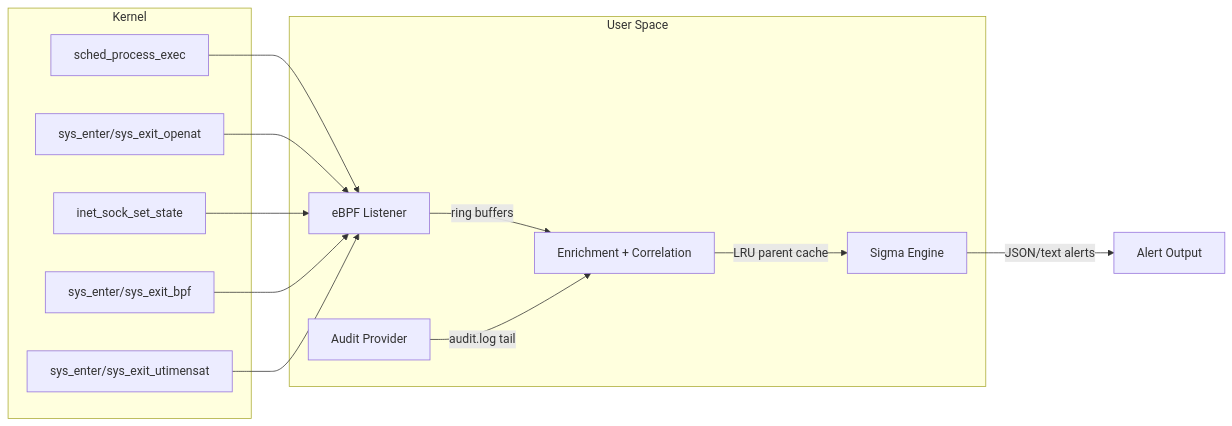
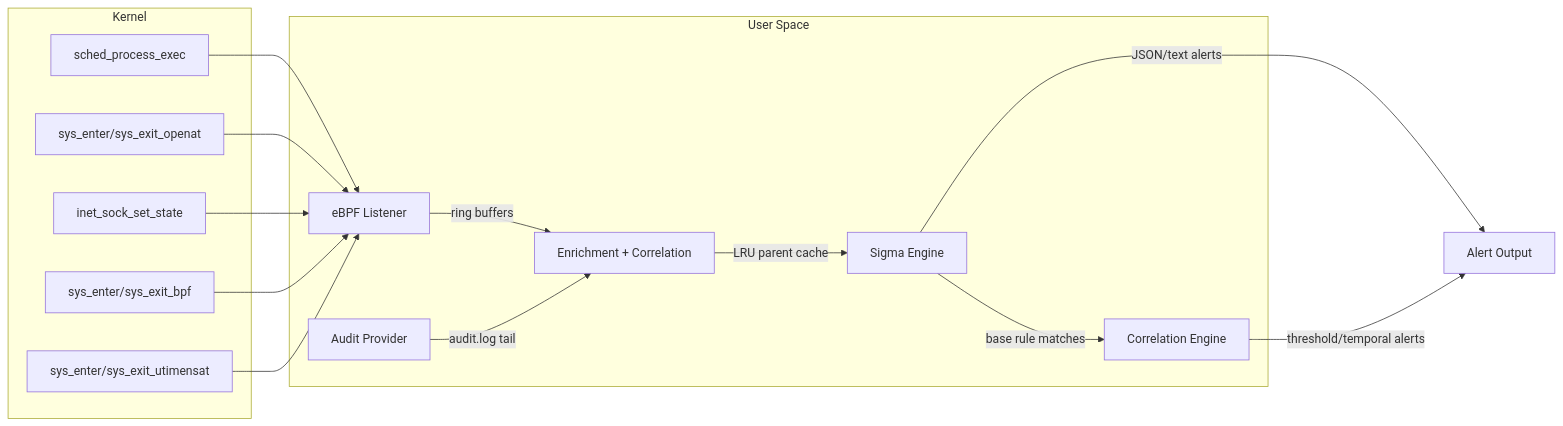
One commit to Nextron-Labs/aurora-linux changed the diagram in README.md. Above: the diagram before and after it, drawn with Mermaid. The commit also changed other lines of this file, not shown here.

````diff
--- a/README.md
+++ b/README.md
@@ -9,27 +9,30 @@
 ```mermaid
 flowchart LR
   subgraph KERNEL["Kernel"]
     E1["sched_process_exec"]
     E2["sys_enter/sys_exit_openat"]
     E3["inet_sock_set_state"]
     E4["sys_enter/sys_exit_bpf"]
     E5["sys_enter/sys_exit_utimensat"]
   end
 
   subgraph USER["User Space"]
     L["eBPF Listener"]
     AU["Audit Provider"]
     C["Enrichment + Correlation"]
     S["Sigma Engine"]
+    CR["Correlation Engine"]
   end
 
   E1 --> L
   E2 --> L
   E3 --> L
   E4 --> L
   E5 --> L
   L -->|ring buffers| C
   AU -->|audit.log tail| C
   C -->|LRU parent cache| S
+  S -->|base rule matches| CR
   S -->|JSON/text alerts| A["Alert Output"]
+  CR -->|threshold/temporal alerts| A
 ```
````
